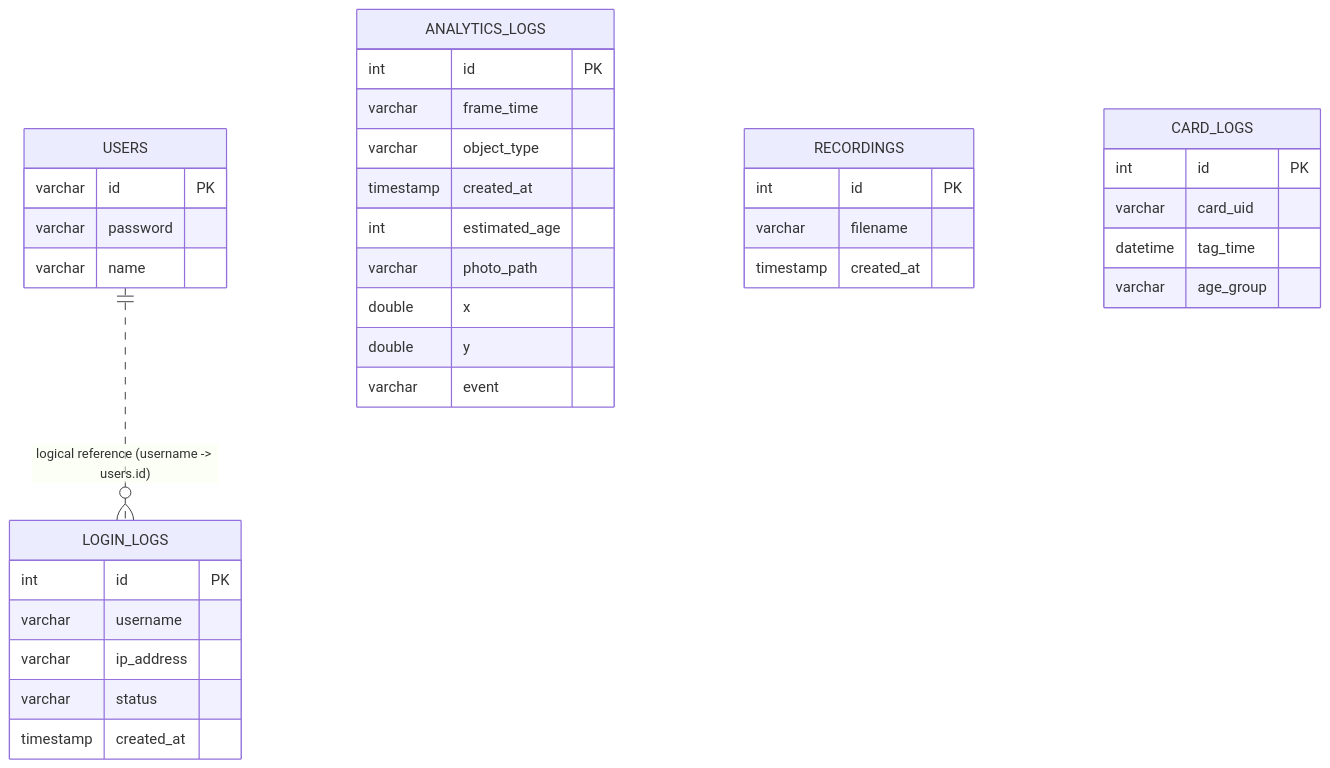
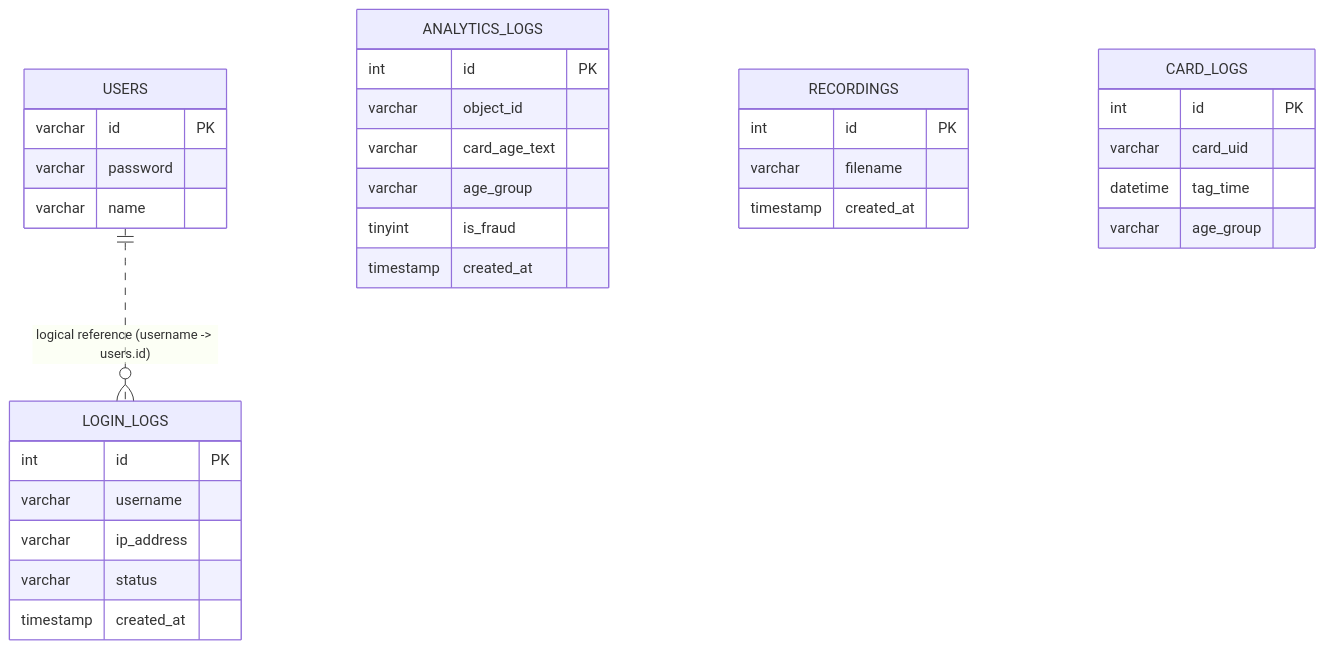
The first of 6 diagrams in docs/notion_db_flow.md (VEDA36tmea1/SFEPS), drawn with Mermaid before and after one commit. The commit also changed other lines of this file and 19 other files, not shown here.

````diff
--- a/docs/notion_db_flow.md
+++ b/docs/notion_db_flow.md
@@ -7,43 +7,40 @@
 ```mermaid
 erDiagram
     USERS {
         varchar id PK
         varchar password
         varchar name
     }
 
     LOGIN_LOGS {
         int id PK
         varchar username
         varchar ip_address
         varchar status
         timestamp created_at
     }
 
     ANALYTICS_LOGS {
         int id PK
-        varchar frame_time
-        varchar object_type
+        varchar object_id
+        varchar card_age_text
+        varchar age_group
+        tinyint is_fraud
         timestamp created_at
-        int estimated_age
-        varchar photo_path
-        double x
-        double y
-        varchar event
     }
 
     RECORDINGS {
         int id PK
         varchar filename
         timestamp created_at
     }
 
     CARD_LOGS {
         int id PK
         varchar card_uid
         datetime tag_time
         varchar age_group
     }
 
     USERS ||..o{ LOGIN_LOGS : "logical reference (username -> users.id)"
 ```
````
